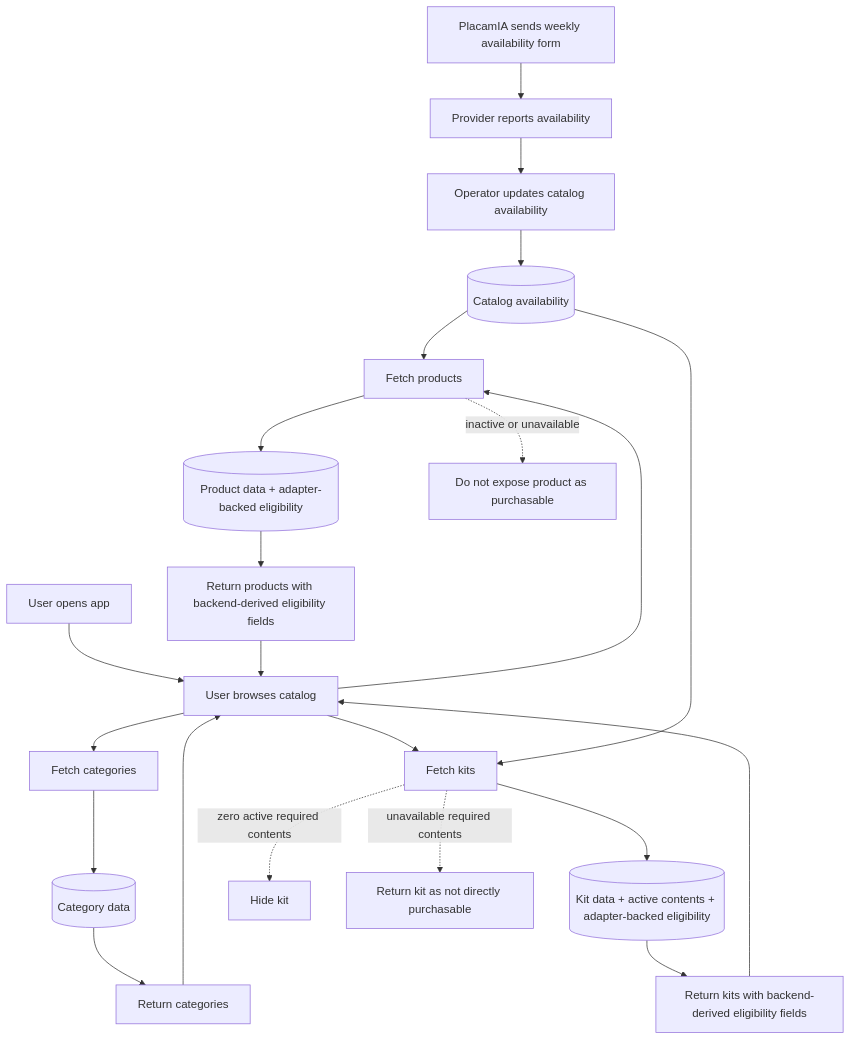
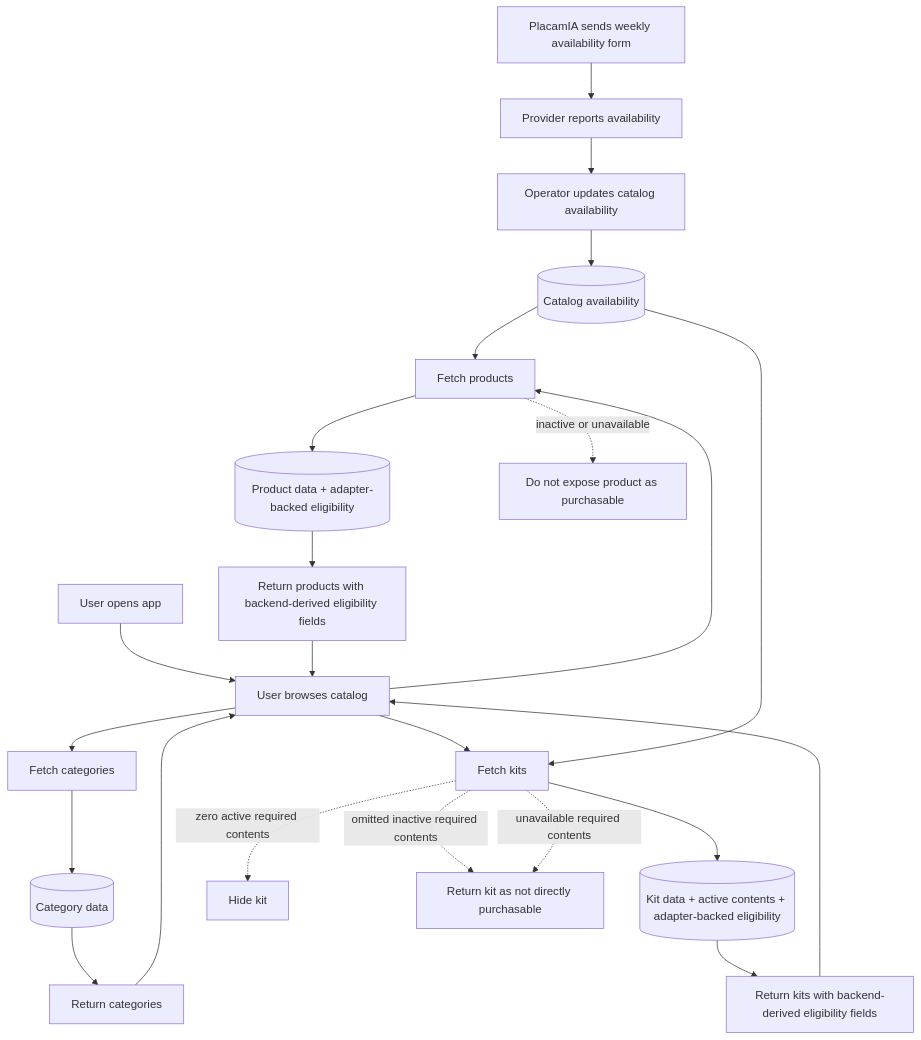
The diagram in docs/flows/catalog-flow.md (jovillal/placamia), drawn with Mermaid before and after one commit. The commit also changed other lines of this file and 3 other files, not shown here.

````diff
--- a/docs/flows/catalog-flow.md
+++ b/docs/flows/catalog-flow.md
@@ -17,30 +17,31 @@
 ```mermaid
 flowchart TD
     O1[PlacamIA sends weekly availability form] --> P1[Provider reports availability]
     P1 --> B0[Operator updates catalog availability]
     B0 --> D0[(Catalog availability)]
 
     U1[User opens app] --> U2[User browses catalog]
 
     U2 --> B1[Fetch categories]
     B1 --> D1[(Category data)]
     D1 --> B2[Return categories]
 
     U2 --> B3[Fetch products]
     B3 --> D2[(Product data + adapter-backed eligibility)]
     D2 --> B4[Return products with backend-derived eligibility fields]
 
     U2 --> B5[Fetch kits]
     B5 --> D3[(Kit data + active contents + adapter-backed eligibility)]
     D3 --> B6[Return kits with backend-derived eligibility fields]
 
     D0 --> B3
     D0 --> B5
     B2 --> U2
     B4 --> U2
     B6 --> U2
 
     B3 -. inactive or unavailable .-> R1[Do not expose product as purchasable]
     B5 -. zero active required contents .-> R2[Hide kit]
+    B5 -. omitted inactive required contents .-> R3
     B5 -. unavailable required contents .-> R3[Return kit as not directly purchasable]
 ```
````
